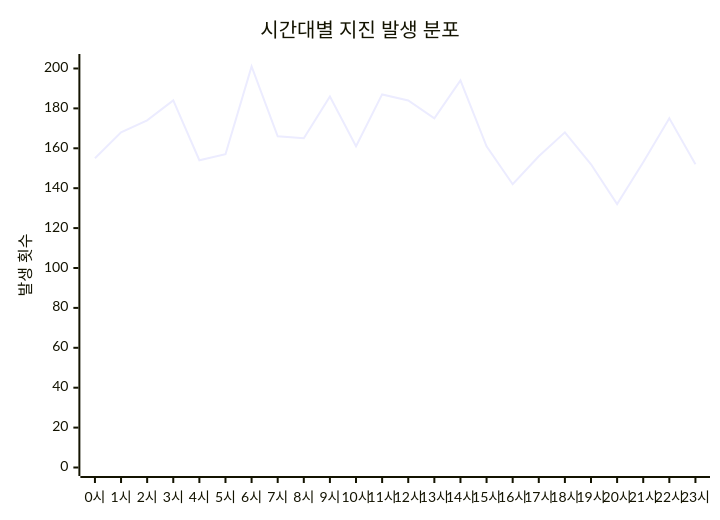
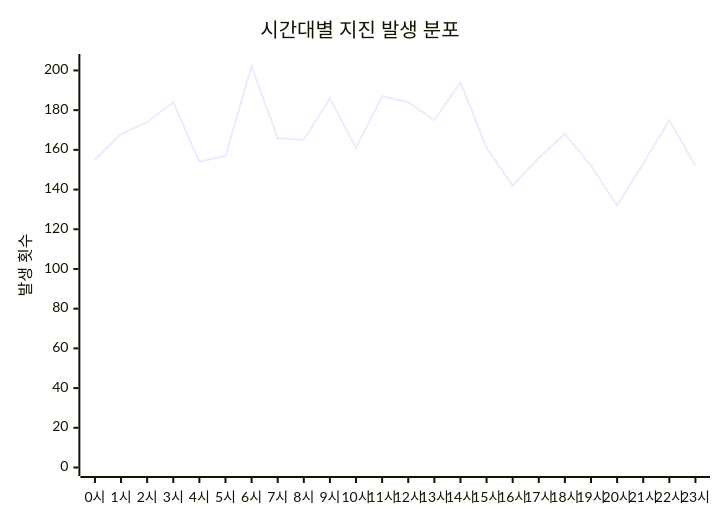
One commit to serendip811/japan-eq changed the diagram in charts/time-chart.md. Above: the diagram before and after it, drawn with Mermaid. The commit also changed other lines of this file and 5 other files, not shown here.

Commit message:
Update earthquake data and charts Mon Apr 13 07:36:34 UTC 2026

````diff
--- a/charts/time-chart.md
+++ b/charts/time-chart.md
@@ -3,7 +3,7 @@
 ```mermaid
 xychart-beta
     title "시간대별 지진 발생 분포"
     x-axis ["0시", "1시", "2시", "3시", "4시", "5시", "6시", "7시", "8시", "9시", "10시", "11시", "12시", "13시", "14시", "15시", "16시", "17시", "18시", "19시", "20시", "21시", "22시", "23시"]
-    y-axis "발생 횟수" 0 --> 203
-    line [155, 168, 174, 184, 154, 157, 201, 166, 165, 186, 161, 187, 184, 175, 194, 161, 142, 156, 168, 152, 132, 153, 175, 152]
+    y-axis "발생 횟수" 0 --> 204
+    line [155, 168, 174, 184, 154, 157, 202, 166, 165, 186, 161, 187, 184, 175, 194, 161, 142, 156, 168, 152, 132, 153, 175, 152]
 ```
````
